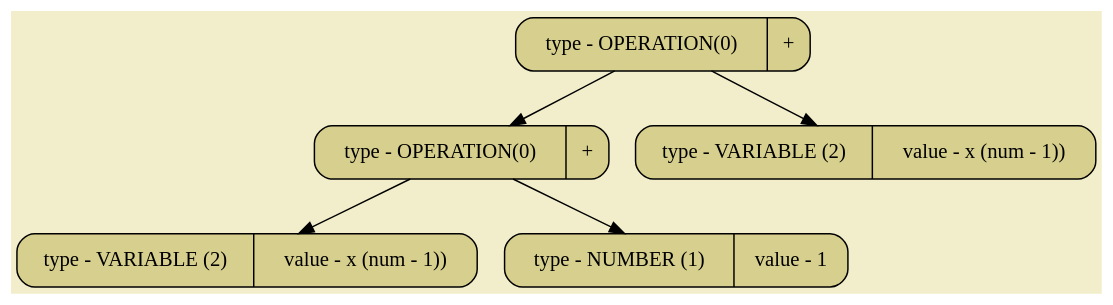
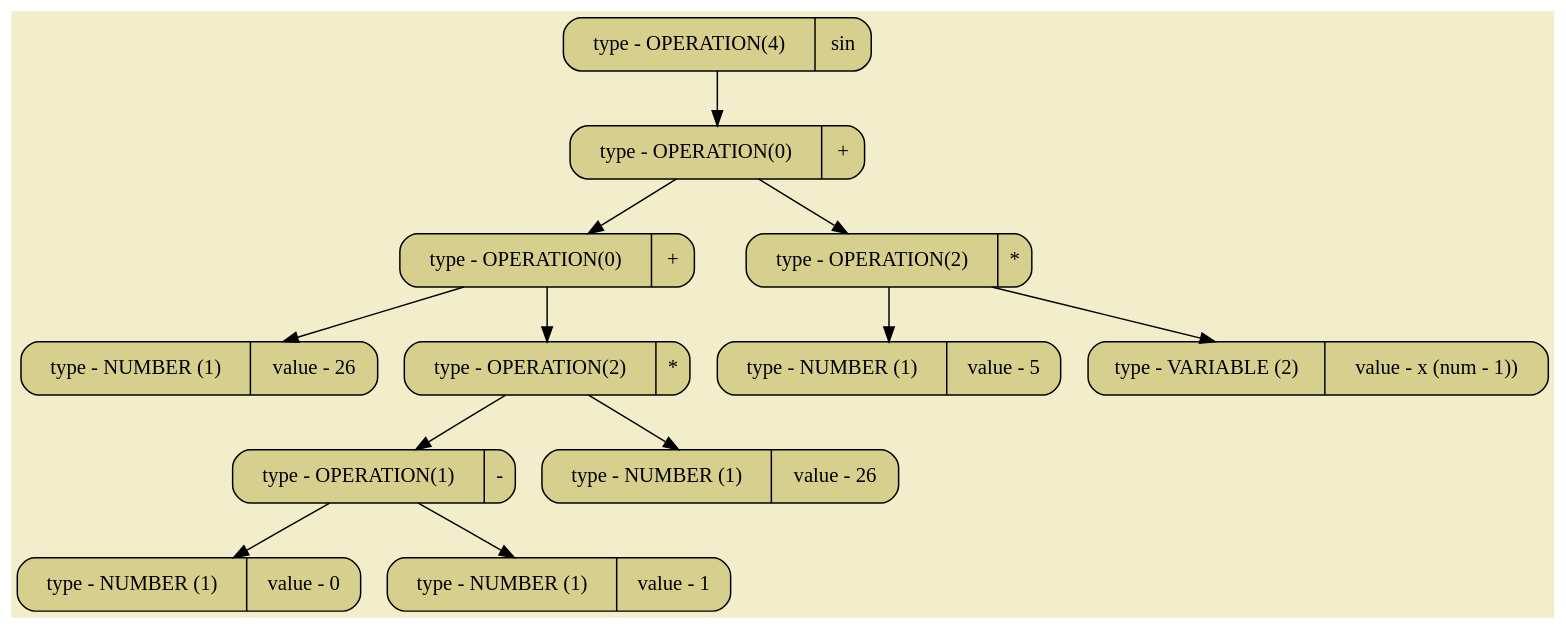
Before and after one commit to SashaKhaytina/Differenciator: the diagram in pictures/image01.dot, drawn with Graphviz. The commit also changed 15 other files, not shown here.

```diff
--- a/pictures/image01.dot
+++ b/pictures/image01.dot
@@ -1,14 +1,28 @@
 digraph
 {
 bgcolor="#F2EECB";
 rankdir = TB;
-POINT_0x5afa228cb4d8[shape=Mrecord, label = "type - OPERATION(0) | +", style="filled",fillcolor="#D7CF8D"]
-POINT_0x5afa228cb4a8[shape=Mrecord, label = "type - OPERATION(0) | +", style="filled",fillcolor="#D7CF8D"]
-POINT_0x5afa228cb490[shape=Mrecord, label = "type - VARIABLE (2) | value - x (num - 1))", style="filled",fillcolor="#D7CF8D"]
-POINT_0x5afa228cb4c0[shape=Mrecord, label = "type - NUMBER (1) | value - 1", style="filled",fillcolor="#D7CF8D"]
-POINT_0x5afa228cb4f0[shape=Mrecord, label = "type - VARIABLE (2) | value - x (num - 1))", style="filled",fillcolor="#D7CF8D"]
-POINT_0x5afa228cb4d8 -> POINT_0x5afa228cb4a8
-POINT_0x5afa228cb4d8 -> POINT_0x5afa228cb4f0
-POINT_0x5afa228cb4a8 -> POINT_0x5afa228cb490
-POINT_0x5afa228cb4a8 -> POINT_0x5afa228cb4c0
+POINT_0x5d3442d6b490[shape=Mrecord, label = "type - OPERATION(4) | sin", style="filled",fillcolor="#D7CF8D"]
+POINT_0x5d3442d6b598[shape=Mrecord, label = "type - OPERATION(0) | +", style="filled",fillcolor="#D7CF8D"]
+POINT_0x5d3442d6b4d8[shape=Mrecord, label = "type - OPERATION(0) | +", style="filled",fillcolor="#D7CF8D"]
+POINT_0x5d3442d6b4c0[shape=Mrecord, label = "type - NUMBER (1) | value - 26", style="filled",fillcolor="#D7CF8D"]
+POINT_0x5d3442d6b568[shape=Mrecord, label = "type - OPERATION(2) | *", style="filled",fillcolor="#D7CF8D"]
+POINT_0x5d3442d6b520[shape=Mrecord, label = "type - OPERATION(1) | -", style="filled",fillcolor="#D7CF8D"]
+POINT_0x5d3442d6b508[shape=Mrecord, label = "type - NUMBER (1) | value - 0", style="filled",fillcolor="#D7CF8D"]
+POINT_0x5d3442d6b538[shape=Mrecord, label = "type - NUMBER (1) | value - 1", style="filled",fillcolor="#D7CF8D"]
+POINT_0x5d3442d6b580[shape=Mrecord, label = "type - NUMBER (1) | value - 26", style="filled",fillcolor="#D7CF8D"]
+POINT_0x5d3442d6b5c8[shape=Mrecord, label = "type - OPERATION(2) | *", style="filled",fillcolor="#D7CF8D"]
+POINT_0x5d3442d6b5b0[shape=Mrecord, label = "type - NUMBER (1) | value - 5", style="filled",fillcolor="#D7CF8D"]
+POINT_0x5d3442d6b5e0[shape=Mrecord, label = "type - VARIABLE (2) | value - x (num - 1))", style="filled",fillcolor="#D7CF8D"]
+POINT_0x5d3442d6b490 -> POINT_0x5d3442d6b598
+POINT_0x5d3442d6b598 -> POINT_0x5d3442d6b4d8
+POINT_0x5d3442d6b598 -> POINT_0x5d3442d6b5c8
+POINT_0x5d3442d6b4d8 -> POINT_0x5d3442d6b4c0
+POINT_0x5d3442d6b4d8 -> POINT_0x5d3442d6b568
+POINT_0x5d3442d6b568 -> POINT_0x5d3442d6b520
+POINT_0x5d3442d6b568 -> POINT_0x5d3442d6b580
+POINT_0x5d3442d6b520 -> POINT_0x5d3442d6b508
+POINT_0x5d3442d6b520 -> POINT_0x5d3442d6b538
+POINT_0x5d3442d6b5c8 -> POINT_0x5d3442d6b5b0
+POINT_0x5d3442d6b5c8 -> POINT_0x5d3442d6b5e0
 }
```
